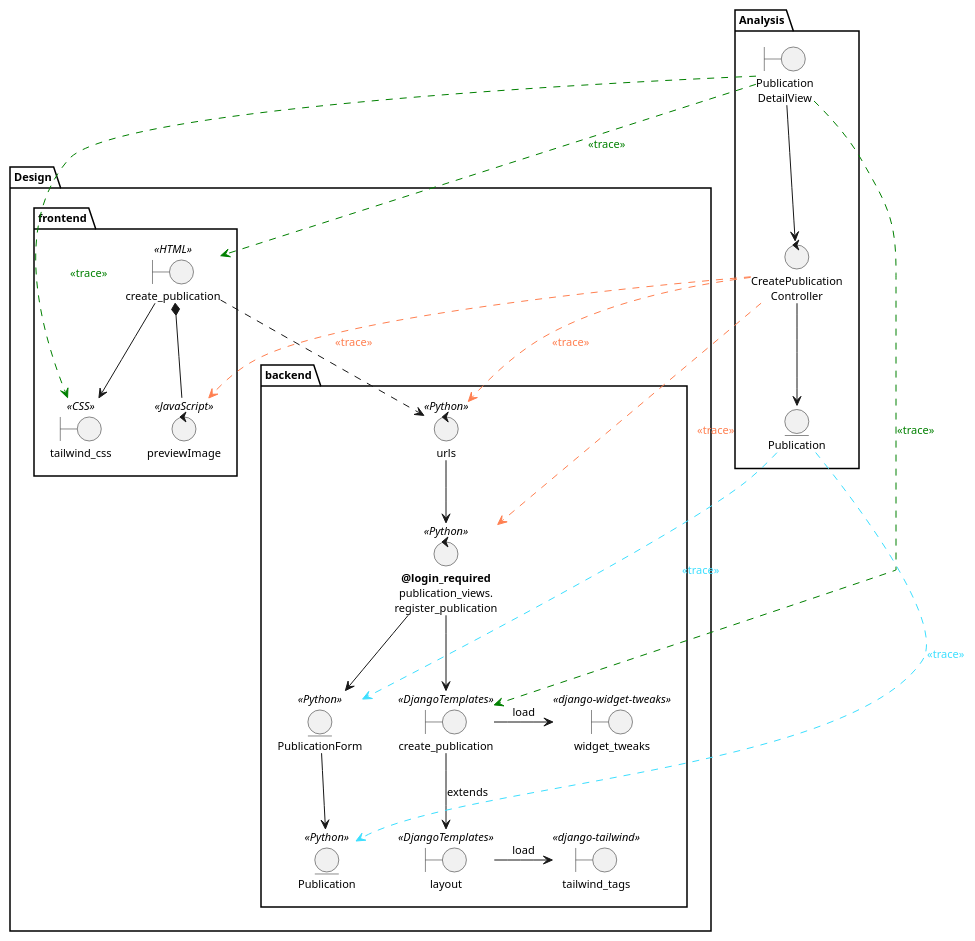
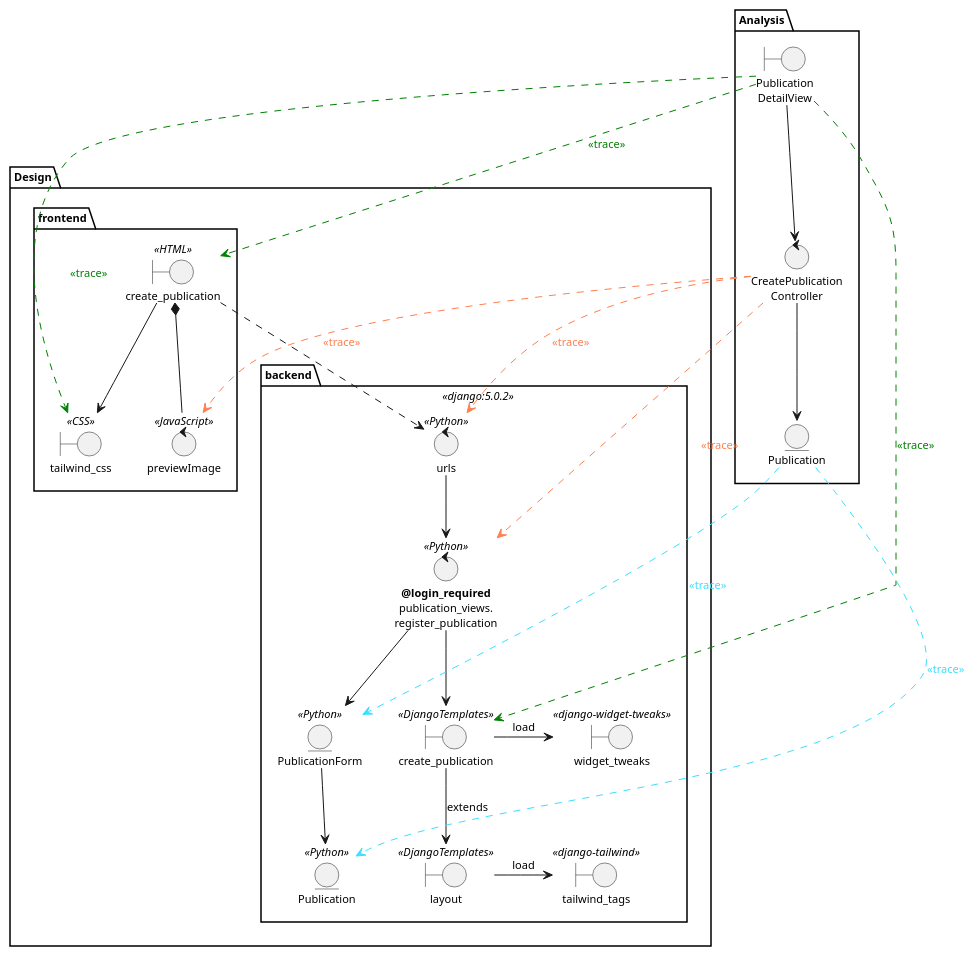
The diagram in logicalView/designView/django/usecaseDesign/designClassDiagramUC7TraceAnalisysClass.plantuml (mpaulaherrero/tesis-frameworks-backend-diagrams), drawn with PlantUML before and after one commit. The commit also changed 2 other files, not shown here.

Commit message:
version en diagrama

```diff
--- a/logicalView/designView/django/usecaseDesign/designClassDiagramUC7TraceAnalisysClass.plantuml
+++ b/logicalView/designView/django/usecaseDesign/designClassDiagramUC7TraceAnalisysClass.plantuml
@@ -1,59 +1,59 @@
 @startuml
 skinparam style strictuml
 skinparam defaultTextAlignment center
 skinparam defaultFontSize 11
 
 package Analysis{
     boundary "Publication\nDetailView" as PublicationDetailViewAnalysis
     entity "Publication" as PublicationAnalysis
     control "CreatePublication\nController" as CreatePublicationControllerAnalysis
 
     PublicationDetailViewAnalysis --> CreatePublicationControllerAnalysis
     CreatePublicationControllerAnalysis --> PublicationAnalysis
 }
 
 package Design{
-    package backend {
+    package backend <<django:5.0.2>>{
         boundary "create_publication" as PublicationDetailView << DjangoTemplates >>
         boundary "layout" as mainLayoutProfileView << DjangoTemplates >>
         boundary "widget_tweaks" as widgetTweaks << django-widget-tweaks >>
         boundary "tailwind_tags" as tailwindTags << django-tailwind >>
         control urls << Python >>
         control "<b>@login_required</b>\npublication_views.\nregister_publication" as CreatePublicationController << Python >>
         entity PublicationForm << Python >>
         entity Publication << Python >>
     }
 
     package frontend {
         boundary "create_publication" as PublicationHtml << HTML >>
         boundary "tailwind_css" as outputCss << CSS >>
         control previewImage << JavaScript >>
     }
 
     PublicationHtml -d-> outputCss
     PublicationHtml *-d- previewImage
     PublicationHtml ..> urls
     urls --> CreatePublicationController
     CreatePublicationController -d-> PublicationDetailView
     PublicationDetailView -d-> mainLayoutProfileView: extends
     mainLayoutProfileView -> tailwindTags: load
     PublicationDetailView -> widgetTweaks: load
 
     CreatePublicationController -d-> PublicationForm
     PublicationForm -d-> Publication
 }
 
 'trace
 PublicationDetailViewAnalysis .[#green]r.> PublicationHtml : <font color=green><<trace>></font>
 PublicationDetailViewAnalysis .[#green].> outputCss : <font color=green><<trace>></font>
 PublicationDetailViewAnalysis .[#green].> PublicationDetailView : <font color=green><<trace>></font>
 
 CreatePublicationControllerAnalysis .[#coral].> urls : <font color=coral><<trace>></font>
 CreatePublicationControllerAnalysis .[#coral].> CreatePublicationController : <font color=coral><<trace>></font>
 CreatePublicationControllerAnalysis .[#coral].> previewImage : <font color=coral><<trace>></font>
 
 PublicationAnalysis .[#3cdfff].> PublicationForm : <font color=3cdfff><<trace>></font>
 PublicationAnalysis .[#3cdfff].> Publication : <font color=3cdfff><<trace>></font>
 
 
 @enduml
```
